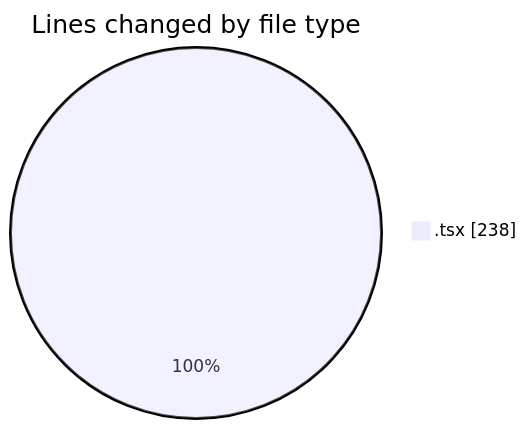
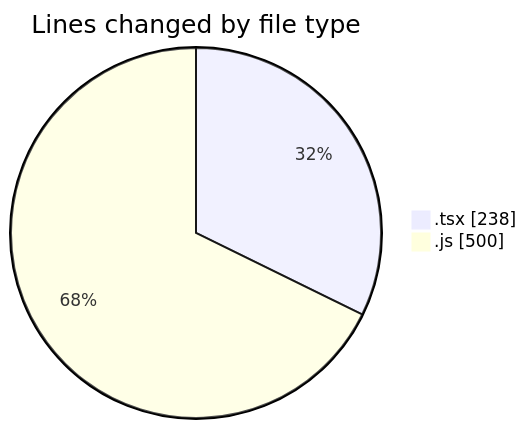
One commit to momahboobian/code-tracking changed the first of 2 diagrams in 2025-06-30/cda/README.md. Above: the diagram before and after it, drawn with Mermaid. The commit also changed other lines of this file and 1 other file, not shown here.

````diff
--- a/2025-06-30/cda/README.md
+++ b/2025-06-30/cda/README.md
@@ -20,5 +21,6 @@
 ```mermaid
 pie showData
 title Lines changed by file type
 ".tsx" : 238
+".js" : 500
 ```
````
